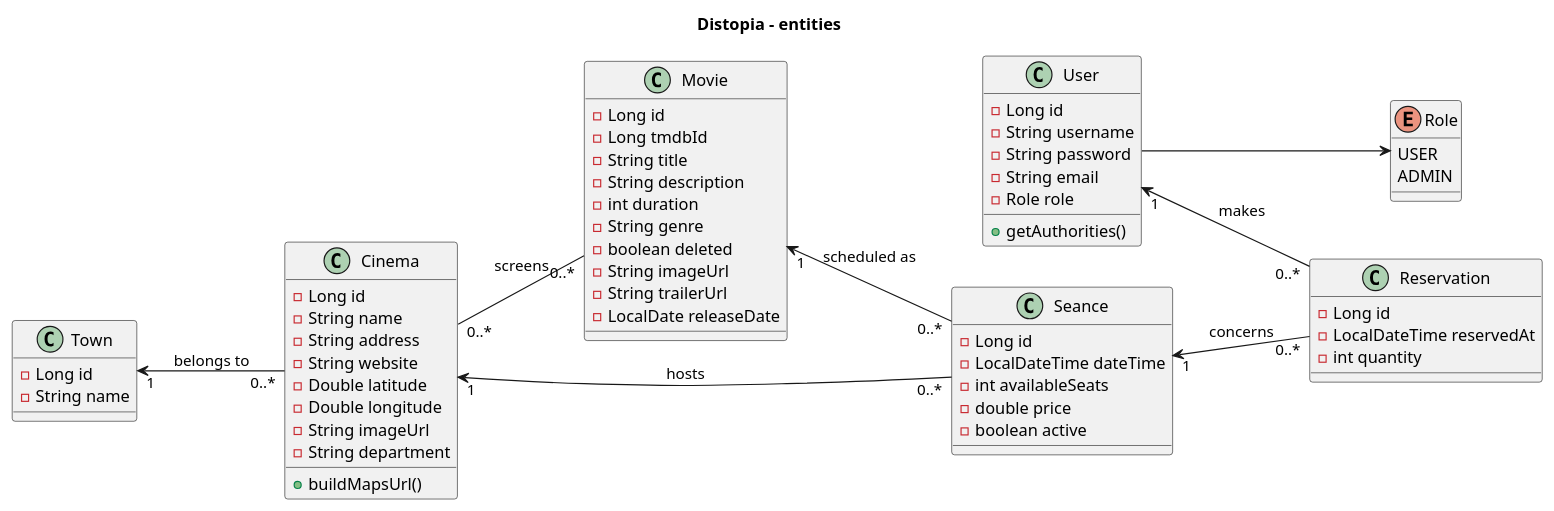
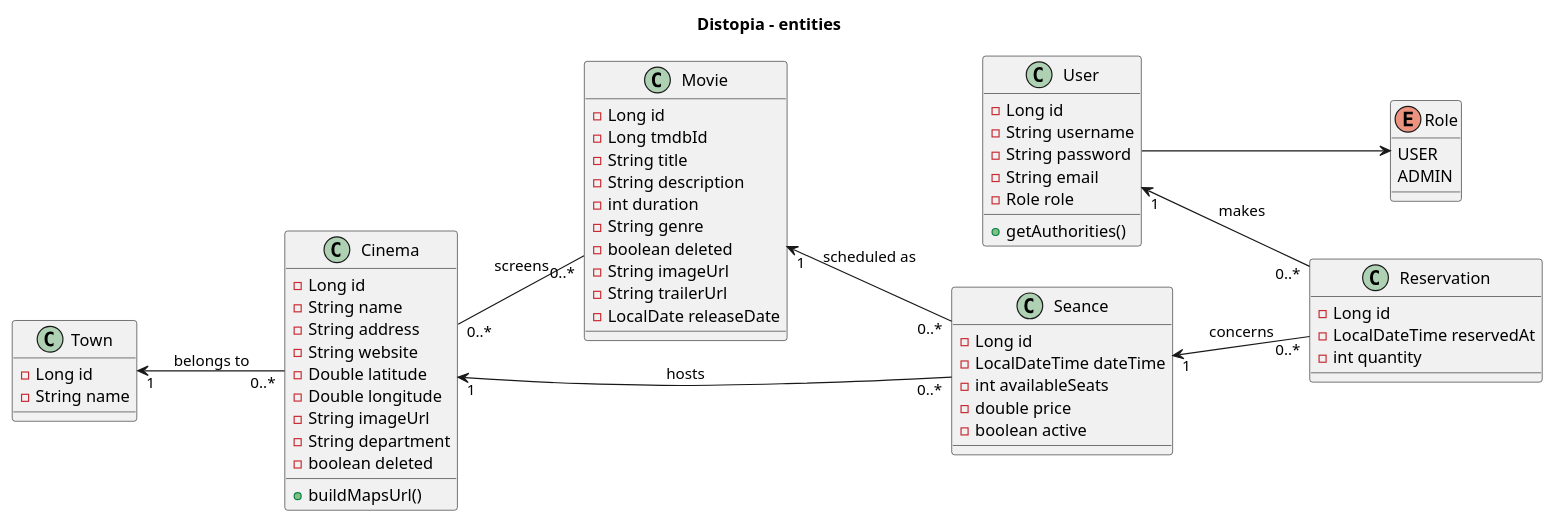
One commit to john7440/Distopia changed the diagram in docs/02-Class/Class-entities.puml. Above: the diagram before and after it, drawn with PlantUML. The commit also changed 1 other file, not shown here.

Commit message:
maj entité cinéma (ajout de l'attribut deleted) utilisé pour le soft-delete

```diff
--- a/docs/02-Class/Class-entities.puml
+++ b/docs/02-Class/Class-entities.puml
@@ -1,73 +1,74 @@
 @startuml
 left to right direction
 title Distopia - entities
 
 
 class User {
     - Long id
     - String username
     - String password
     - String email
     - Role role
     + getAuthorities()
 }
 
 enum Role {
     USER
     ADMIN
 }
 
 class Town {
     - Long id
     - String name
 }
 
 class Cinema {
     - Long id
     - String name
     - String address
     - String website
     - Double latitude
     - Double longitude
     - String imageUrl
     - String department
+    - boolean deleted
     + buildMapsUrl()
 }
 
 class Movie {
     - Long id
     - Long tmdbId
     - String title
     - String description
     - int duration
     - String genre
     - boolean deleted
     - String imageUrl
     - String trailerUrl
     - LocalDate releaseDate
 }
 
 class Seance {
     - Long id
     - LocalDateTime dateTime
     - int availableSeats
     - double price
     - boolean active
 }
 
 class Reservation {
     - Long id
     - LocalDateTime reservedAt
     - int quantity
 }
 
 User --> Role
 
 Town "1" <-- "0..*" Cinema : belongs to
 Cinema "0..*" -- "0..*" Movie : screens
 Movie "1" <-- "0..*" Seance : scheduled as
 Cinema "1" <-- "0..*" Seance : hosts
 User "1" <-- "0..*" Reservation : makes
 Seance "1" <-- "0..*" Reservation : concerns
 
 @enduml
```
